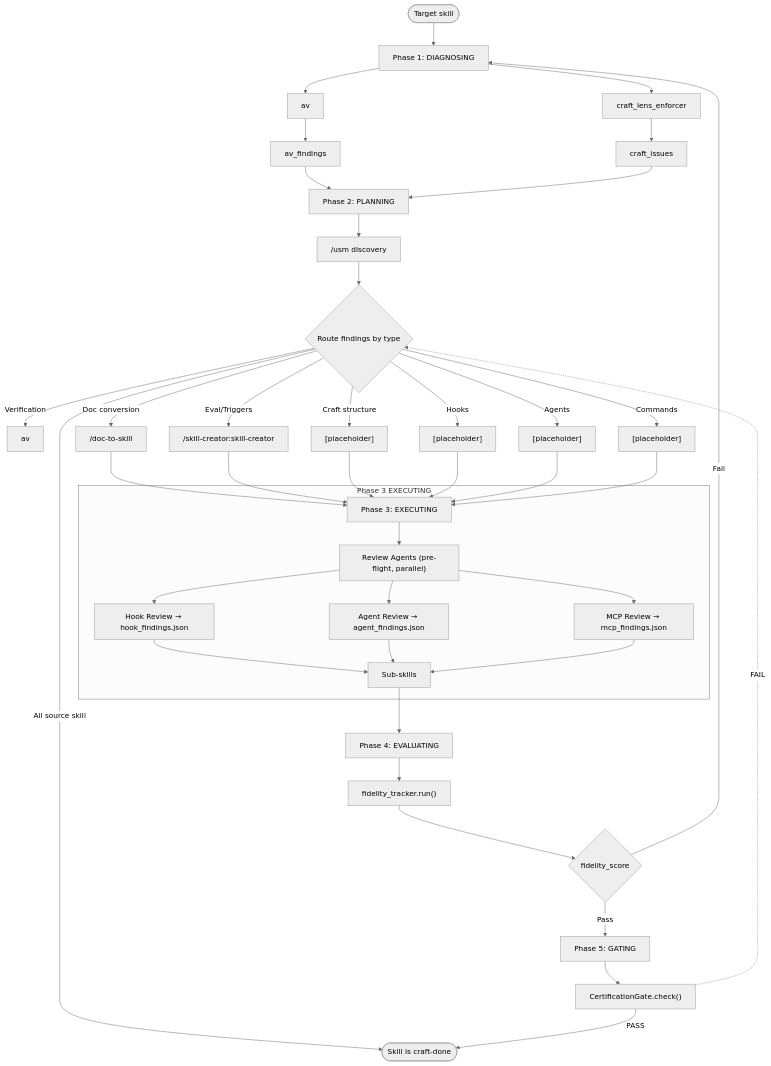
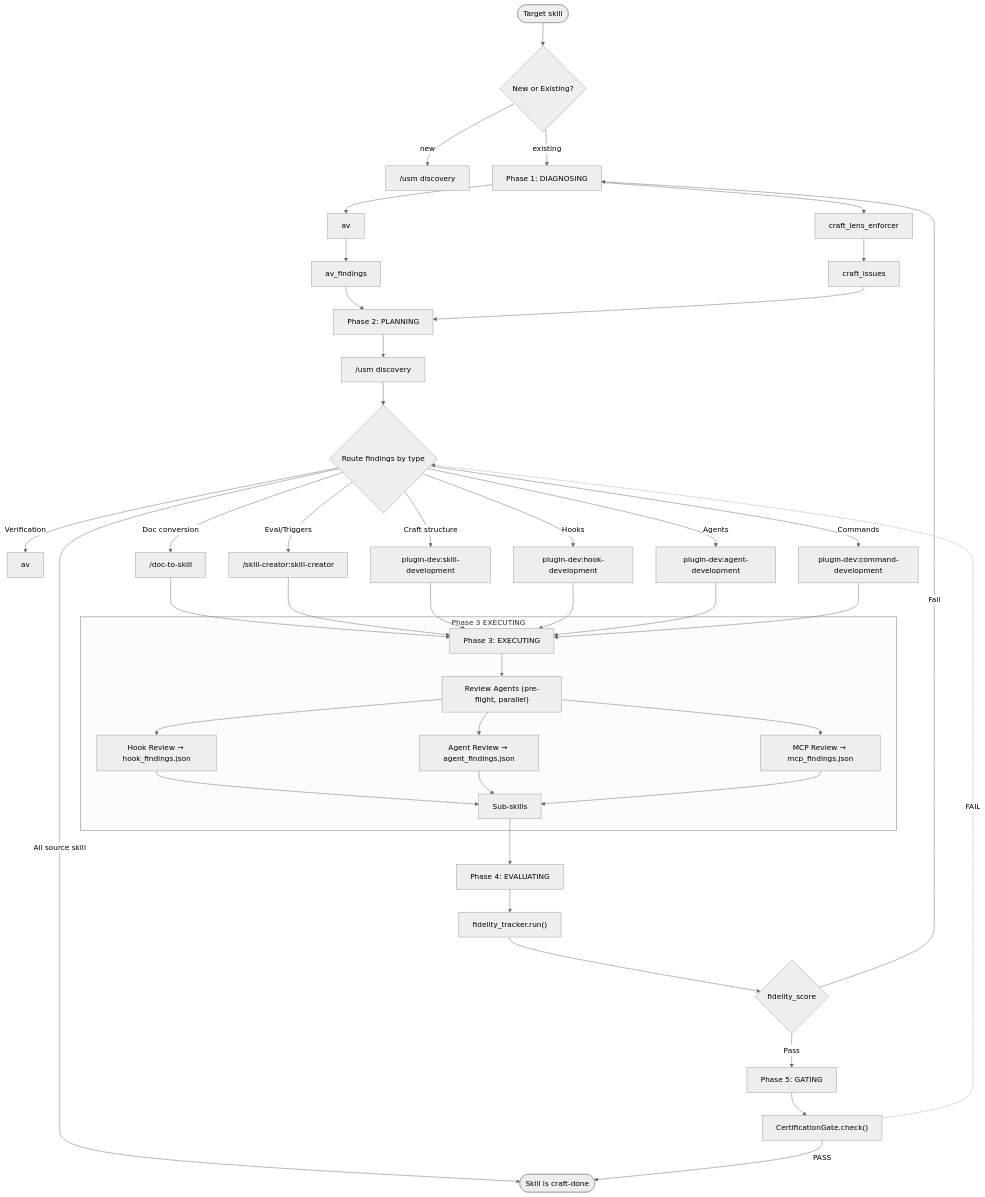
One commit to EndUser123/cc-skills-meta changed the diagram in skills/skill-craft/SKILL.md. Above: the diagram before and after it, drawn with Mermaid (neutral theme). The commit also changed other lines of this file and 36 other files, not shown here.

````diff
--- a/skills/skill-craft/SKILL.md
+++ b/skills/skill-craft/SKILL.md
@@ -76,52 +76,54 @@
 ```mermaid
 flowchart TD
-    Start(["Target skill"]) --> P1["Phase 1: DIAGNOSING"]
+    Start(["Target skill"]) --> NewOrExisting{"New or Existing?"}
+    NewOrExisting -->|new| USM["/usm discovery"]
+    NewOrExisting -->|existing| P1["Phase 1: DIAGNOSING"]
     P1 --> AVRun["av"]
     P1 --> CraftLens["craft_lens_enforcer"]
 
     AVRun --> AF["av_findings"]
     CraftLens --> CI["craft_issues"]
 
     AF --> P2["Phase 2: PLANNING"]
     CI --> P2
 
-    P2 --> USM["/usm discovery"]
-    USM --> Route{"Route findings by type"}
+    P2 --> USM2["/usm discovery"]
+    USM2 --> Route{"Route findings by type"}
     Route -->|Verification| AVRoute["av"]
     Route -->|Doc conversion| DocRun["/doc-to-skill"]
     Route -->|Eval/Triggers| CreatorRun["/skill-creator:skill-creator"]
-    Route -->|Craft structure| DevRun["[placeholder]"]
-    Route -->|Hooks| HookDev["[placeholder]"]
-    Route -->|Agents| AgentDev["[placeholder]"]
-    Route -->|Commands| CmdDev["[placeholder]"]
+    Route -->|Craft structure| DevRun["plugin-dev:skill-development"]
+    Route -->|Hooks| HookDev["plugin-dev:hook-development"]
+    Route -->|Agents| AgentDev["plugin-dev:agent-development"]
+    Route -->|Commands| CmdDev["plugin-dev:command-development"]
     Route -->|All source skill| Done
 
     DocRun --> P3["Phase 3: EXECUTING"]
     CreatorRun --> P3
     DevRun --> P3
     HookDev --> P3
     AgentDev --> P3
     CmdDev --> P3
 
     subgraph P3_EXECUTING ["Phase 3 EXECUTING"]
         P3 --> RA["Review Agents (pre-flight, parallel)"]
         RA --> HRA["Hook Review → hook_findings.json"]
         RA --> AGA["Agent Review → agent_findings.json"]
         RA --> MCPA["MCP Review → mcp_findings.json"]
         HRA --> Subs["Sub-skills"]
         AGA --> Subs
         MCPA --> Subs
     end
 
     Subs --> P4["Phase 4: EVALUATING"]
     P4 --> Fidelity["fidelity_tracker.run()"]
     Fidelity --> FS{"fidelity_score"}
     FS -->|Pass| P5["Phase 5: GATING"]
     FS -->|Fail| P1
 
     P5 --> CertGate["CertificationGate.check()"]
     CertGate -->|PASS| Done
     CertGate -.->|FAIL| Route
 
     Done(["Skill is craft-done"])
 ```
````
